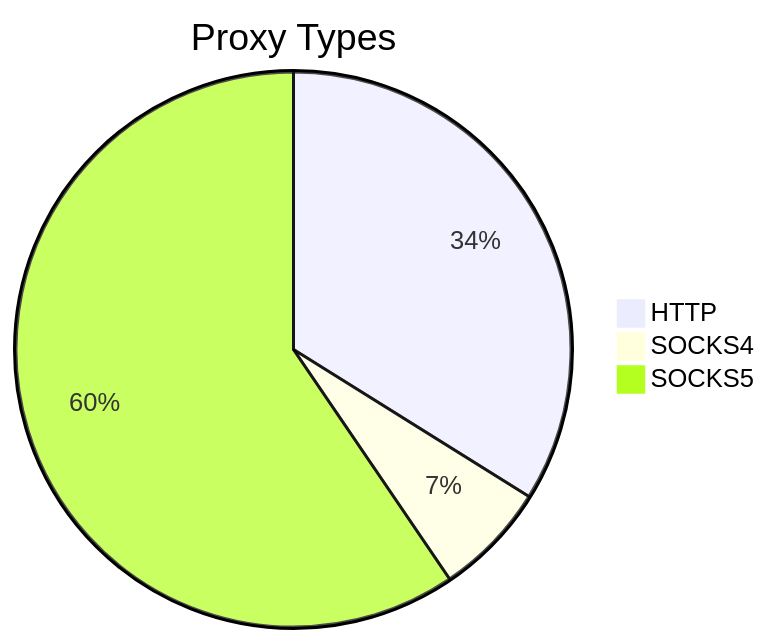
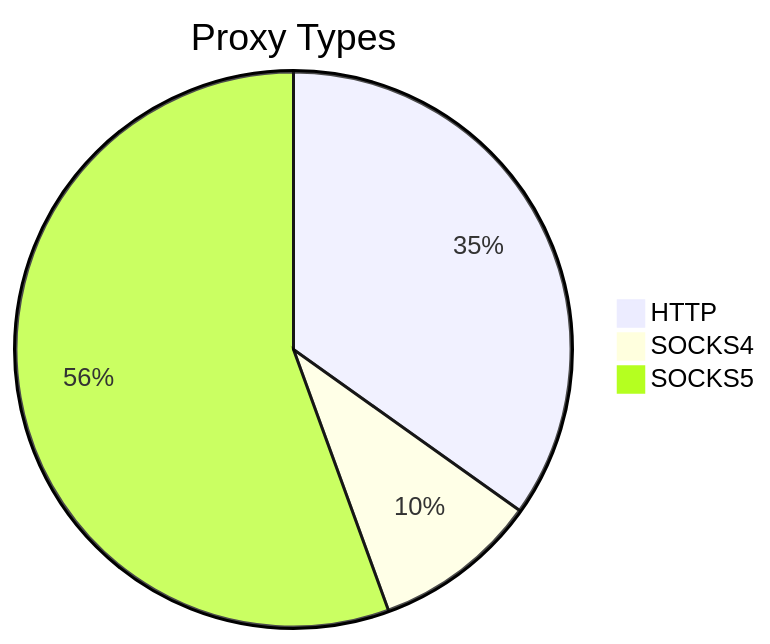
The first of 2 diagrams in README.md (stormsia/proxy-list), drawn with Mermaid before and after one commit. The commit also changed other lines of this file, not shown here.

````diff
--- a/README.md
+++ b/README.md
@@ -21,6 +21,6 @@
 ```mermaid
 pie title Proxy Types
-    "HTTP" : 41
-    "SOCKS4" : 8
-    "SOCKS5" : 72
+    "HTTP" : 69
+    "SOCKS4" : 19
+    "SOCKS5" : 110
 ```
````
